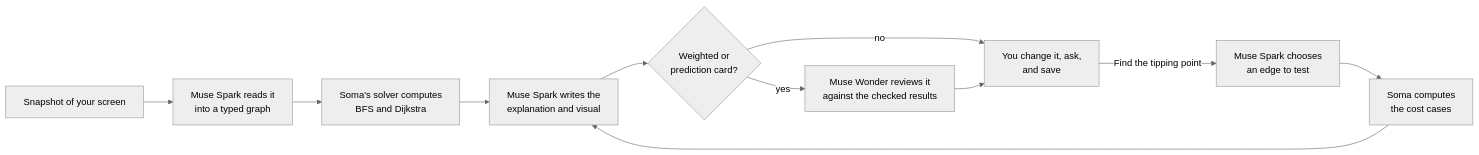
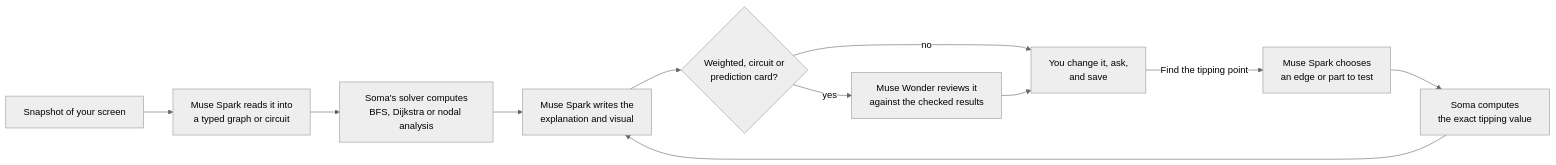
Before and after one commit to Jeremiah-Sakuda/soma: the diagram in README.md, drawn with Mermaid (neutral theme). The commit also changed other lines of this file and 10 other files, not shown here.

Commit message:
Docs: two checked subjects, graph search and DC circuits; the video's reach beat becomes the circuit slide run live; decision record and evidence map

````diff
--- a/README.md
+++ b/README.md
@@ -33,13 +33,13 @@
 ```mermaid
 flowchart LR
-  A[Snapshot of your screen] --> B[Muse Spark reads it<br/>into a typed graph]
-  B --> C[Soma's solver computes<br/>BFS and Dijkstra]
+  A[Snapshot of your screen] --> B[Muse Spark reads it into<br/>a typed graph or circuit]
+  B --> C[Soma's solver computes<br/>BFS, Dijkstra or nodal analysis]
   C --> F[Muse Spark writes the<br/>explanation and visual]
-  F --> G{Weighted or<br/>prediction card?}
+  F --> G{Weighted, circuit or<br/>prediction card?}
   G -- yes --> W[Muse Wonder reviews it<br/>against the checked results]
   G -- no --> H
   W --> H[You change it, ask,<br/>and save]
-  H -- Find the tipping point --> D[Muse Spark chooses<br/>an edge to test]
-  D --> E[Soma computes<br/>the cost cases]
+  H -- Find the tipping point --> D[Muse Spark chooses<br/>an edge or part to test]
+  D --> E[Soma computes<br/>the exact tipping value]
   E --> F
 ```
````
